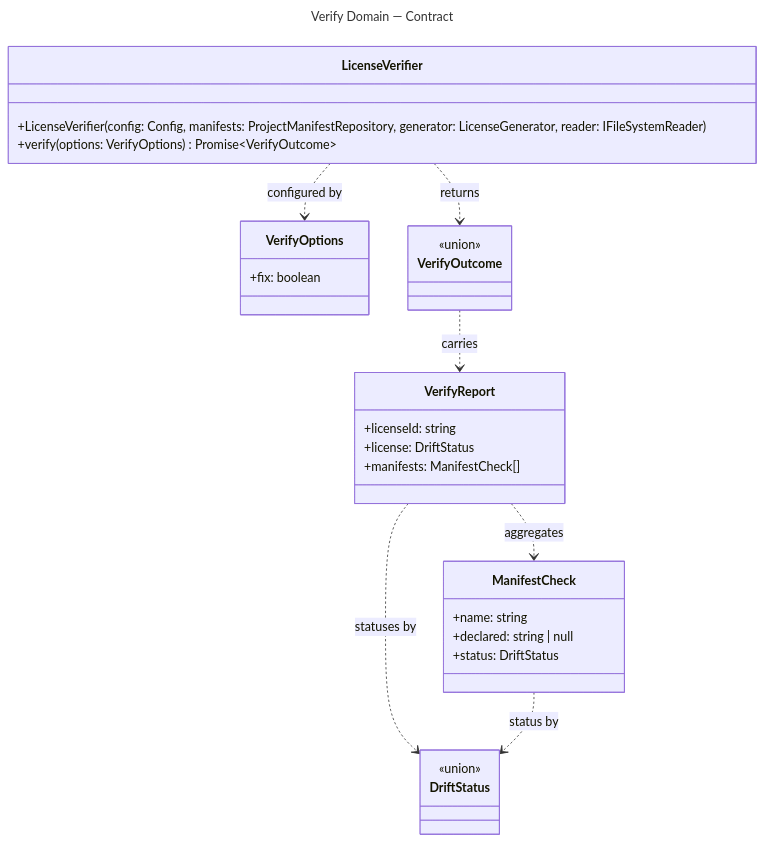
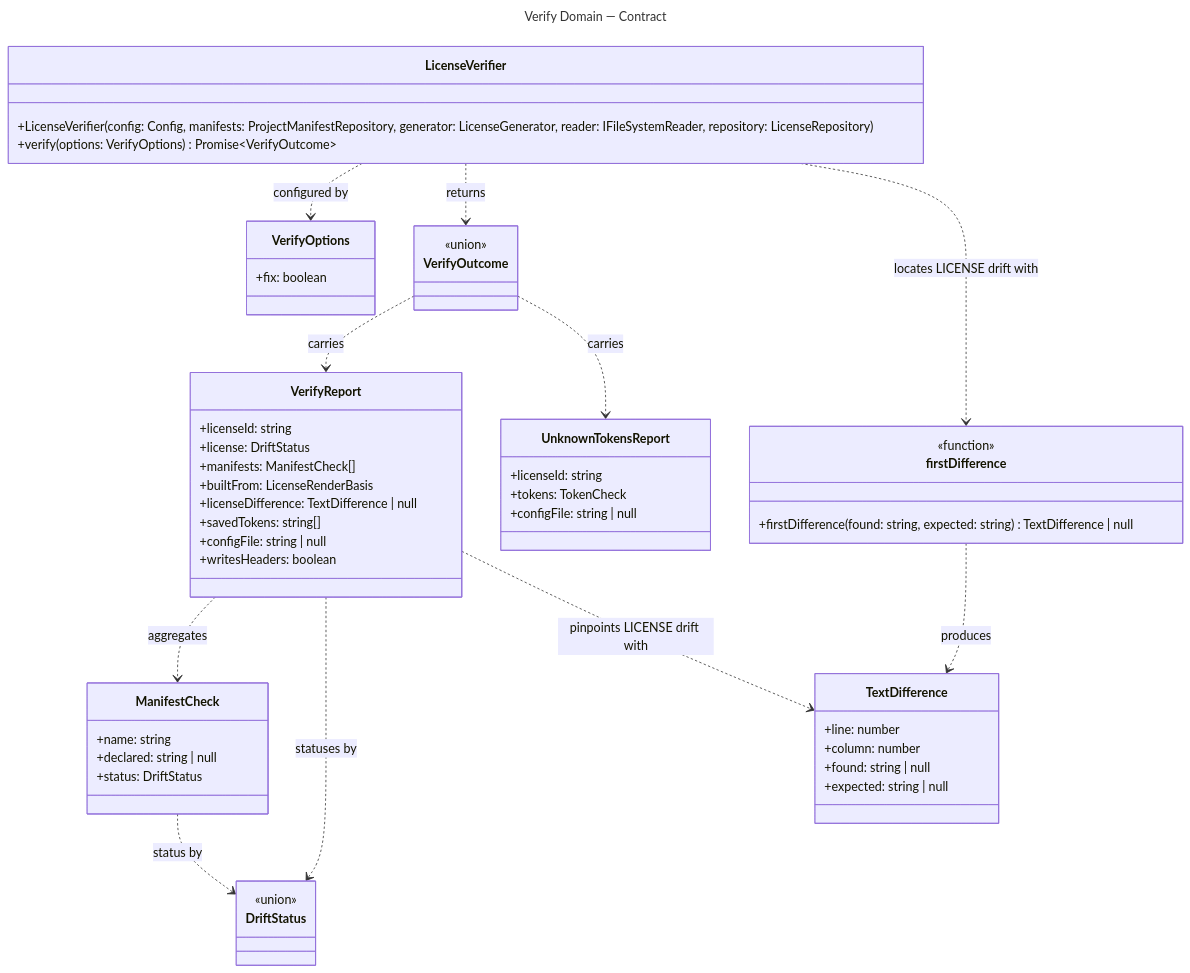
One commit to erdembircan/license-wizard changed the diagram in docs/contracts/domains/verify.mmd. Above: the diagram before and after it, drawn with Mermaid. The commit also changed 27 other files, not shown here.

First line of the commit message:
Explain LICENSE drift in --verify output (#179)

```diff
--- a/docs/contracts/domains/verify.mmd
+++ b/docs/contracts/domains/verify.mmd
@@ -1,48 +1,75 @@
 ---
 title: Verify Domain — Contract
 ---
 classDiagram
   direction TB
 
   %% Domain: Verify (src root)
   %% Focused per-domain view extracted from ../class-diagram.mmd.
   %% Shows ONLY Verify-domain classes and their intra-domain relationships.
   %% Cross-domain relationships (LicenseWizard creates the verifier; the verifier
   %% reads Configuration, re-renders through Licensing, reads the LICENSE file)
   %% are intentionally omitted — see ../class-diagram.mmd for the full picture.
 
   class LicenseVerifier {
-    +LicenseVerifier(config: Config, manifests: ProjectManifestRepository, generator: LicenseGenerator, reader: IFileSystemReader)
+    +LicenseVerifier(config: Config, manifests: ProjectManifestRepository, generator: LicenseGenerator, reader: IFileSystemReader, repository: LicenseRepository)
     +verify(options: VerifyOptions) Promise~VerifyOutcome~
   }
 
   class VerifyOptions {
     +fix: boolean
   }
 
   class VerifyOutcome {
     <<union>>
   }
 
   class VerifyReport {
     +licenseId: string
     +license: DriftStatus
     +manifests: ManifestCheck[]
+    +builtFrom: LicenseRenderBasis
+    +licenseDifference: TextDifference | null
+    +savedTokens: string[]
+    +configFile: string | null
+    +writesHeaders: boolean
+  }
+
+  class UnknownTokensReport {
+    +licenseId: string
+    +tokens: TokenCheck
+    +configFile: string | null
   }
 
   class ManifestCheck {
     +name: string
     +declared: string | null
     +status: DriftStatus
   }
 
   class DriftStatus {
     <<union>>
   }
 
+  class TextDifference {
+    +line: number
+    +column: number
+    +found: string | null
+    +expected: string | null
+  }
+
+  class firstDifference {
+    <<function>>
+    +firstDifference(found: string, expected: string) TextDifference | null
+  }
+
   LicenseVerifier ..> VerifyOptions : configured by
   LicenseVerifier ..> VerifyOutcome : returns
+  LicenseVerifier ..> firstDifference : locates LICENSE drift with
   VerifyOutcome ..> VerifyReport : carries
+  VerifyOutcome ..> UnknownTokensReport : carries
   VerifyReport ..> ManifestCheck : aggregates
   VerifyReport ..> DriftStatus : statuses by
+  VerifyReport ..> TextDifference : pinpoints LICENSE drift with
   ManifestCheck ..> DriftStatus : status by
+  firstDifference ..> TextDifference : produces
```
